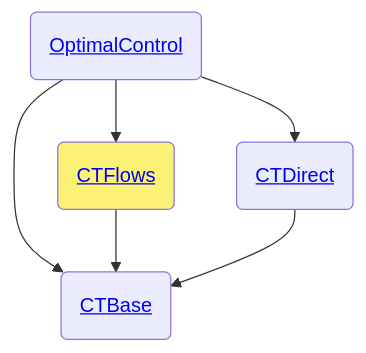
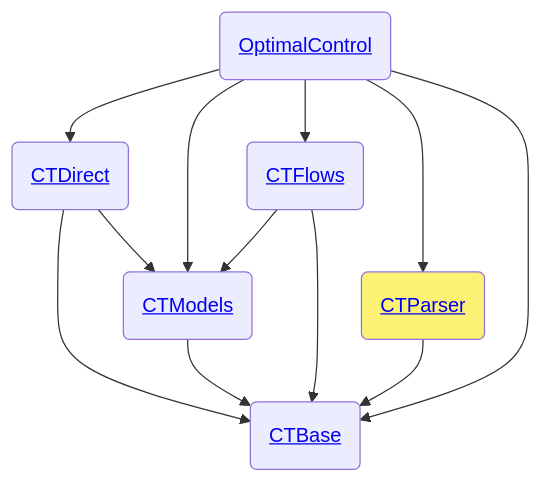
The diagram in docs/src/dev-ctparser.md (control-toolbox/OptimalControl.jl), drawn with Mermaid before and after one commit. The commit also changed 4 other files, not shown here.

Commit message:
updated flowchart fo packages

````diff
--- a/docs/src/dev-ctparser.md
+++ b/docs/src/dev-ctparser.md
@@ -9,9 +9,21 @@
 ```mermaid
 flowchart TD
-O(<a href='https://control-toolbox.org/OptimalControl.jl/stable/api-optimalcontrol.html'>OptimalControl</a>) --> B(<a href='https://control-toolbox.org/OptimalControl.jl/stable/api-ctbase.html'>CTBase</a>)
-O --> D(<a href='https://control-toolbox.org/OptimalControl.jl/stable/api-ctdirect.html'>CTDirect</a>)
-O --> F(<a href='https://control-toolbox.org/OptimalControl.jl/stable/api-ctflows.html'>CTFlows</a>)
+B(<a href='https://control-toolbox.org/OptimalControl.jl/stable/api-ctbase.html'>CTBase</a>)
+M(<a href='https://control-toolbox.org/OptimalControl.jl/stable/api-ctmodels.html'>CTModels</a>)
+P(<a href='https://control-toolbox.org/OptimalControl.jl/stable/api-ctparser.html'>CTParser</a>)
+O(<a href='https://control-toolbox.org/OptimalControl.jl/stable/api-optimalcontrol.html'>OptimalControl</a>)
+D(<a href='https://control-toolbox.org/OptimalControl.jl/stable/api-ctdirect.html'>CTDirect</a>)
+F(<a href='https://control-toolbox.org/OptimalControl.jl/stable/api-ctflows.html'>CTFlows</a>)
+O --> D
+O --> M
+O --> F
+O --> P
+F --> M
+O --> B
 F --> B
 D --> B
-style F fill:#FBF275
+D --> M
+P --> B
+M --> B
+style P fill:#FBF275
 ```
````
